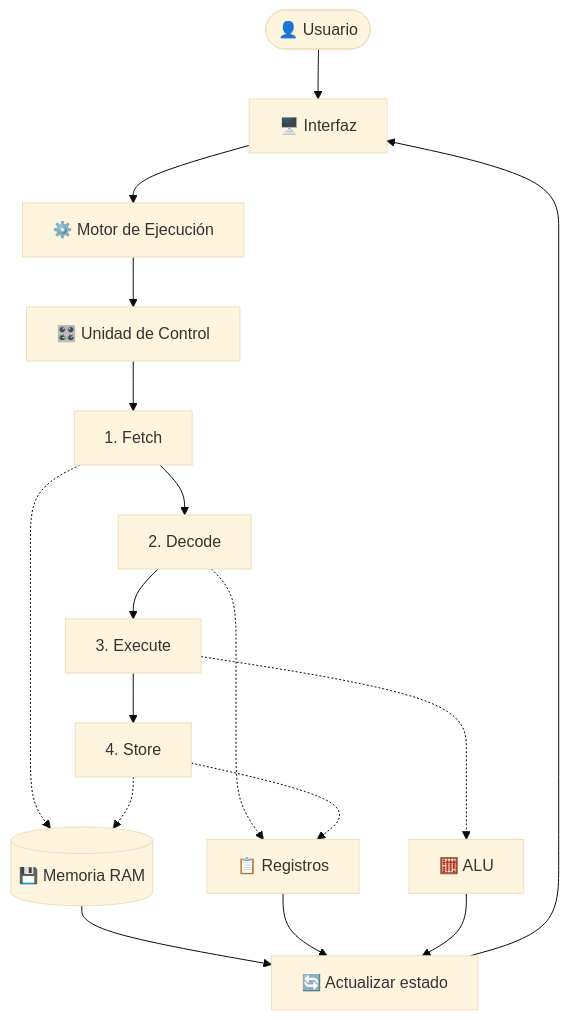
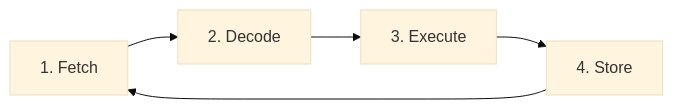
Before and after one commit to anaaacg/1er_parcial_arq_computadoras: the second of 2 diagrams in arquitectura.md, drawn with Mermaid (base theme). The commit also changed other lines of this file, not shown here.

First line of the commit message:
Revise architecture details and module responsibilities

````diff
--- a/arquitectura.md
+++ b/arquitectura.md
@@ -67,23 +233,7 @@
 ```mermaid
-flowchart TD
-    USER([👤 Usuario]) --> UI[🖥️ Interfaz]
-    UI --> MOTOR[⚙️ Motor de Ejecución]
-    MOTOR --> UC[🎛️ Unidad de Control]
-
-    UC --> FETCH[1. Fetch]
-    FETCH --> DECODE[2. Decode]
+flowchart LR
+    FETCH[1. Fetch] --> DECODE[2. Decode]
     DECODE --> EXECUTE[3. Execute]
     EXECUTE --> STORE[4. Store]
-
-    FETCH -.-> MEM[(💾 Memoria RAM)]
-    DECODE -.-> REG[📋 Registros]
-    EXECUTE -.-> ALU[🧮 ALU]
-    STORE -.-> REG
-    STORE -.-> MEM
-
-    MEM --> UPDATE[🔄 Actualizar estado]
-    REG --> UPDATE
-    ALU --> UPDATE
-
-    UPDATE --> UI
+    STORE --> FETCH
 ```
````
